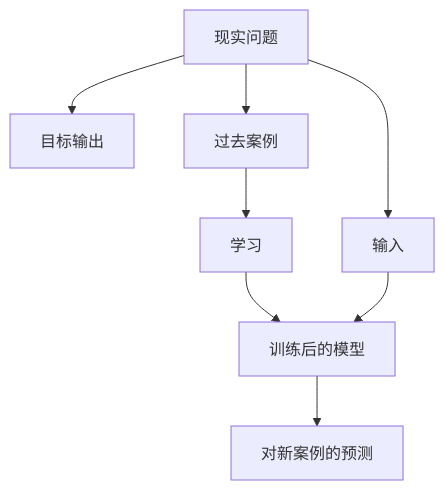
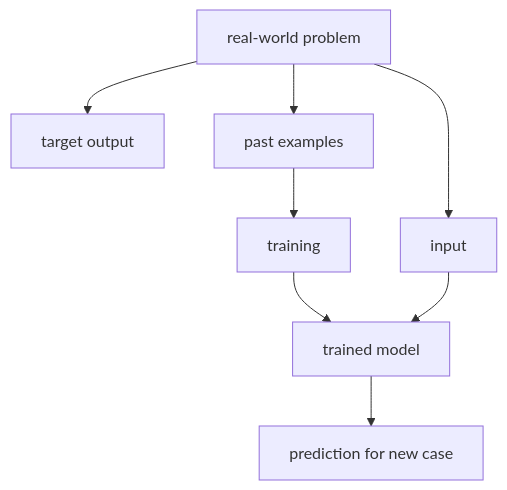
The diagram in docs/zh/parts/part-01/chapter-04/section-02.md (devchan64/AiBook), drawn with Mermaid before and after one commit. The commit also changed other lines of this file and 36 other files, not shown here.

````diff
--- a/docs/zh/parts/part-01/chapter-04/section-02.md
+++ b/docs/zh/parts/part-01/chapter-04/section-02.md
@@ -73,13 +85,13 @@
 ```mermaid
 flowchart TD
-  R["现实问题"]
+  R["real-world problem"]
 
-  R --> I["输入"]
-  R --> T["目标输出"]
-  R --> D["过去案例"]
+  R --> I["input"]
+  R --> T["target output"]
+  R --> D["past examples"]
 
-  D --> L["学习"]
-  L --> M["训练后的模型"]
+  D --> L["training"]
+  L --> M["trained model"]
   I --> M
-  M --> P["对新案例的预测"]
+  M --> P["prediction for new case"]
 ```
````
